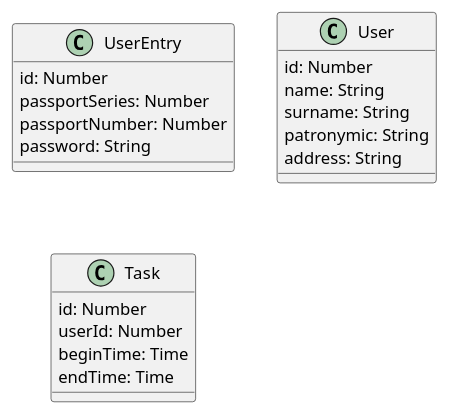
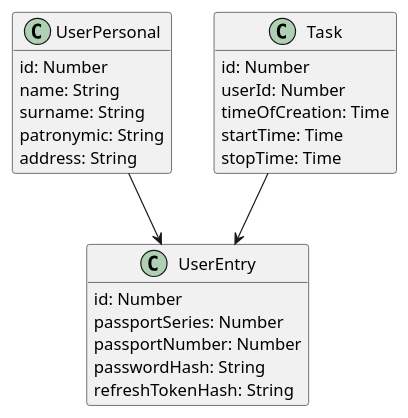
Before and after one commit to Leartiz/work_challenges: the diagram in home/go/jun/wc2/docs/diagrams/domain.wsd, drawn with PlantUML. The commit also changed 32 other files, not shown here.

```diff
--- a/home/go/jun/wc2/docs/diagrams/domain.wsd
+++ b/home/go/jun/wc2/docs/diagrams/domain.wsd
@@ -1,25 +1,33 @@
 @startuml domain
+
+hide empty methods
+hide empty fields
 
 class UserEntry {
     id: Number
     passportSeries: Number
     passportNumber: Number
-    password: String
+    passwordHash: String
+    refreshTokenHash: String
 }
 
-class User {
+class UserPersonal {
     id: Number
     name: String
     surname: String
     patronymic: String
     address: String
 }
 
 class Task {
     id: Number
     userId: Number
-    beginTime: Time
-    endTime: Time
+    timeOfCreation: Time
+    startTime: Time
+    stopTime: Time
 }
 
+UserPersonal --> UserEntry
+Task --> UserEntry
+
 @enduml
```
